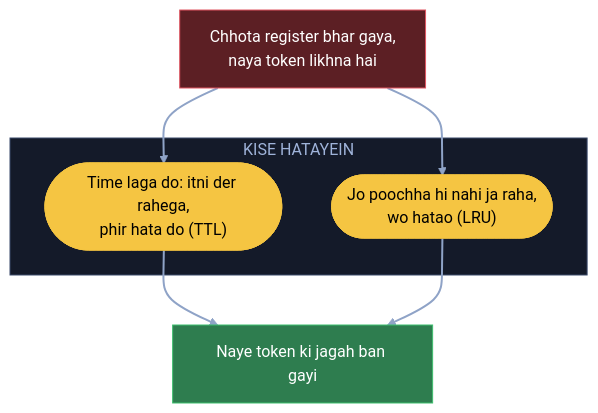
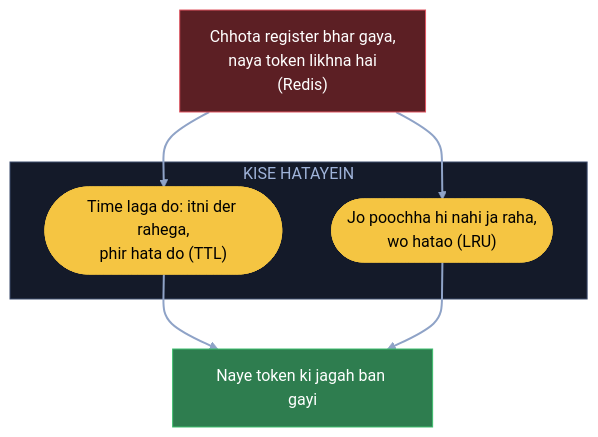
The fourth of 14 diagrams in 04_HLD/SYSTEM_DESIGNS/01_url_shortener/01_url_shortener.md (ArpanMaheshwari144/Prep), drawn with Mermaid before and after one commit. The commit also changed other lines of this file and 22 other files, not shown here.

Commit message:
Diagram: sirf kahani ke dohraaye shabd pe bracket, us jagah notes wala matlab (207 label)

````diff
--- a/04_HLD/SYSTEM_DESIGNS/01_url_shortener/01_url_shortener.md
+++ b/04_HLD/SYSTEM_DESIGNS/01_url_shortener/01_url_shortener.md
@@ -164,19 +164,19 @@
 ```mermaid
 flowchart TB
-    R["Chhota register bhar gaya,<br/>naya token likhna hai"]:::bad
+    R["Chhota register bhar gaya,<br/>naya token likhna hai<br/>(Redis)"]:::bad
     subgraph KH["KISE HATAYEIN"]
         T(["Time laga do: itni der rahega,<br/>phir hata do (TTL)"]):::pill
         L(["Jo poochha hi nahi ja raha,<br/>wo hatao (LRU)"]):::pill
     end
     N["Naye token ki jagah ban gayi"]:::good
     R --> T
     R --> L
     T --> N
     L --> N
     linkStyle default stroke:#8fa3c7,stroke-width:2px
     classDef card fill:#1e2638,stroke:#3a4a6b,color:#e8ecf5
     classDef pill fill:#f5c542,stroke:#f5c542,color:#000
     classDef good fill:#2e7d4f,stroke:#3fbf6f,color:#fff
     classDef bad fill:#5c1f24,stroke:#e05561,color:#fff
     style KH fill:#141a29,stroke:#3a4a6b,color:#9fb3d9
 ```
````
